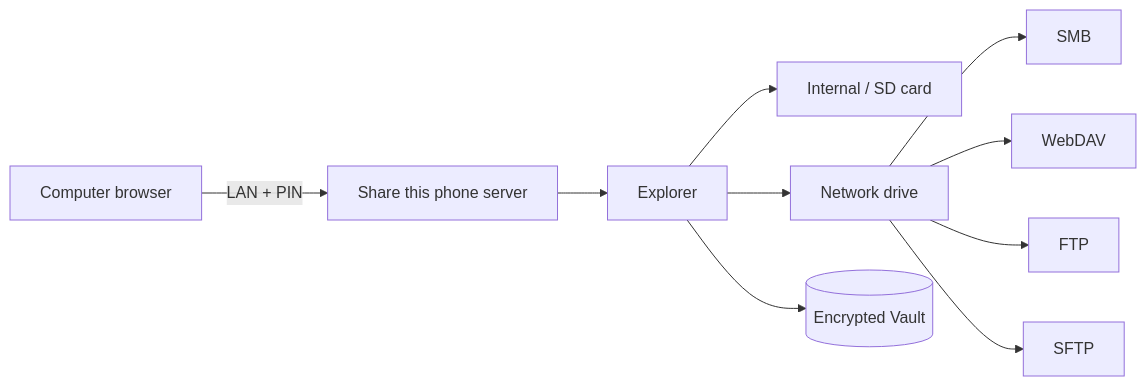
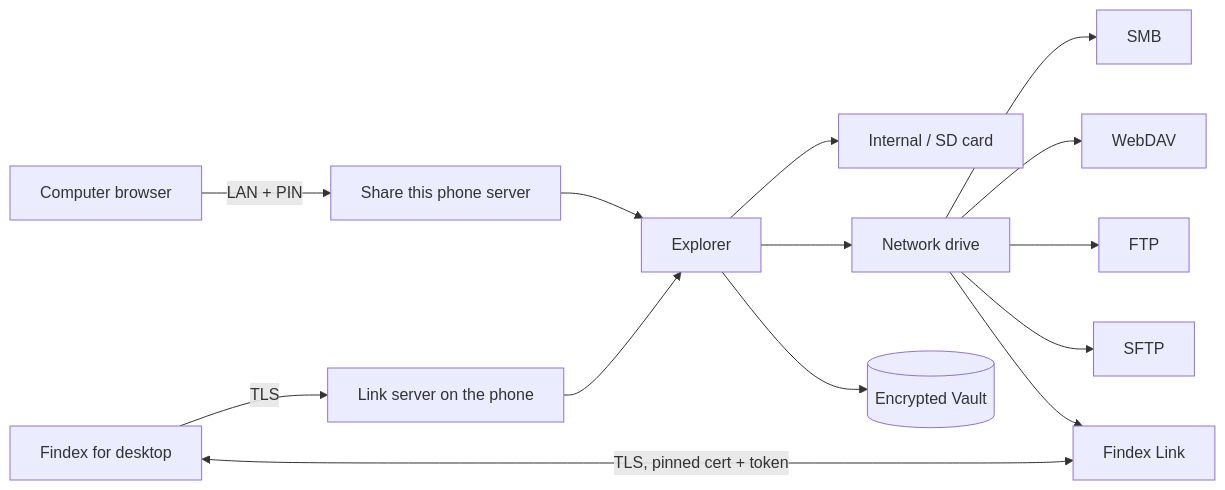
One commit to aiyu-ayaan/Findex changed the third of 3 diagrams in README.md. Above: the diagram before and after it, drawn with Mermaid. The commit also changed other lines of this file and 4 other files, not shown here.

First line of the commit message:
docs(Link) : Document the Findex ecosystem and link the desktop app in the README

````diff
--- a/README.md
+++ b/README.md
@@ -121,8 +142,11 @@
 ```mermaid
 graph LR
     Explorer --> Local[Internal / SD card]
     Explorer --> Net[Network drive]
     Net --> SMB & WebDAV & FTP & SFTP
     Explorer --> Vault[(Encrypted Vault)]
     Browser[Computer browser] -- LAN + PIN --> Share[Share this phone server] --> Explorer
+    Net --> FL[Findex Link]
+    PC[Findex for desktop] <-- TLS, pinned cert + token --> FL
+    PC -- TLS --> LinkServer[Link server on the phone] --> Explorer
 ```
````
